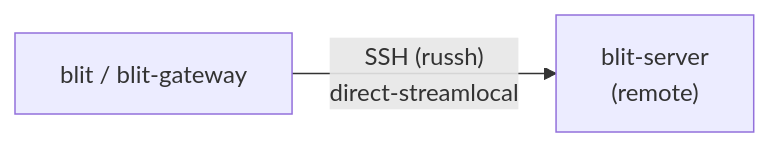
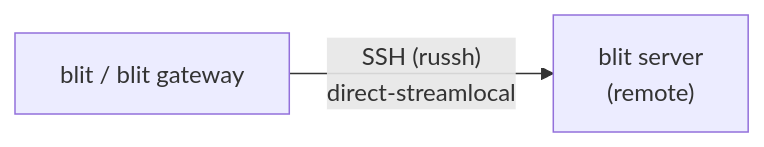
One commit to indent-com/blit changed the seventh of 9 diagrams in docs/transports.md. Above: the diagram before and after it, drawn with Mermaid. The commit also changed other lines of this file and 101 other files, not shown here.

````diff
--- a/docs/transports.md
+++ b/docs/transports.md
@@ -256,4 +256,4 @@
 ```mermaid
 graph LR
-    C["blit / blit-gateway"] -->|"SSH (russh)\ndirect-streamlocal"| S["blit-server\n(remote)"]
+    C["blit / blit gateway"] -->|"SSH (russh)\ndirect-streamlocal"| S["blit server\n(remote)"]
 ```
````
